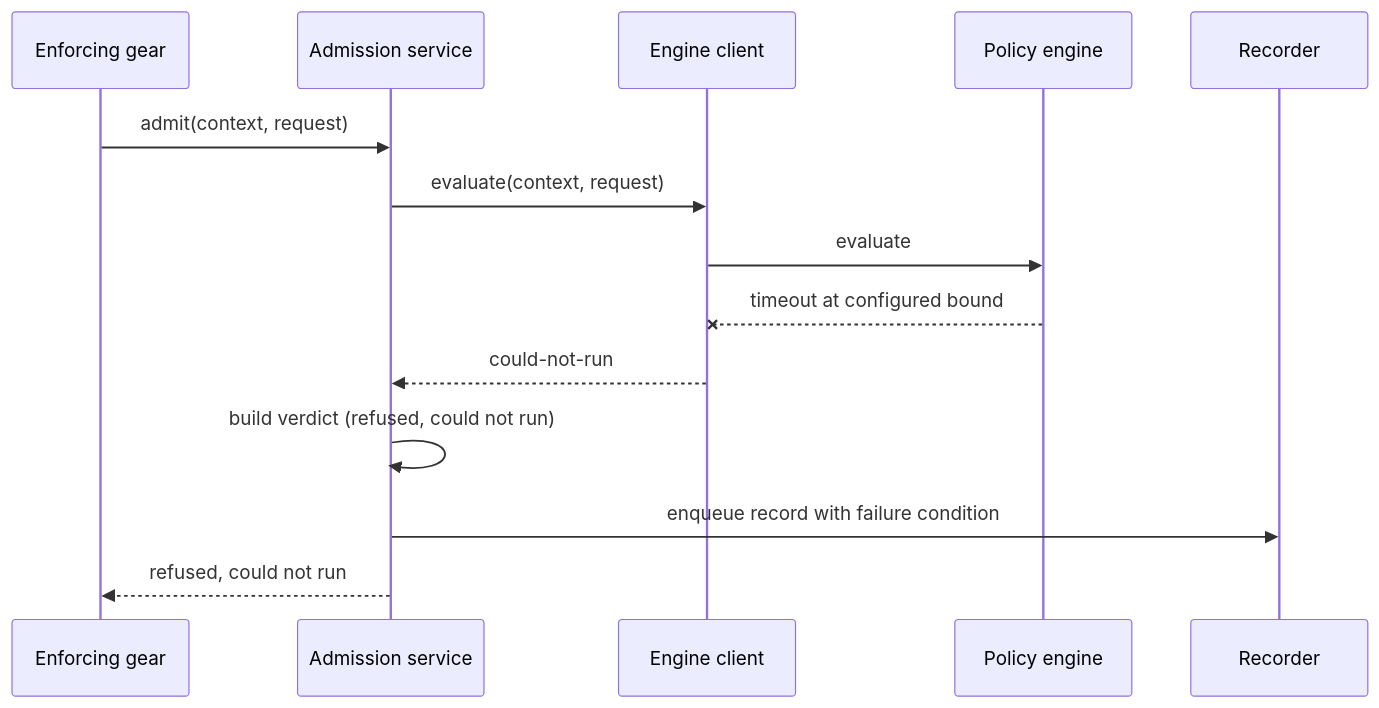
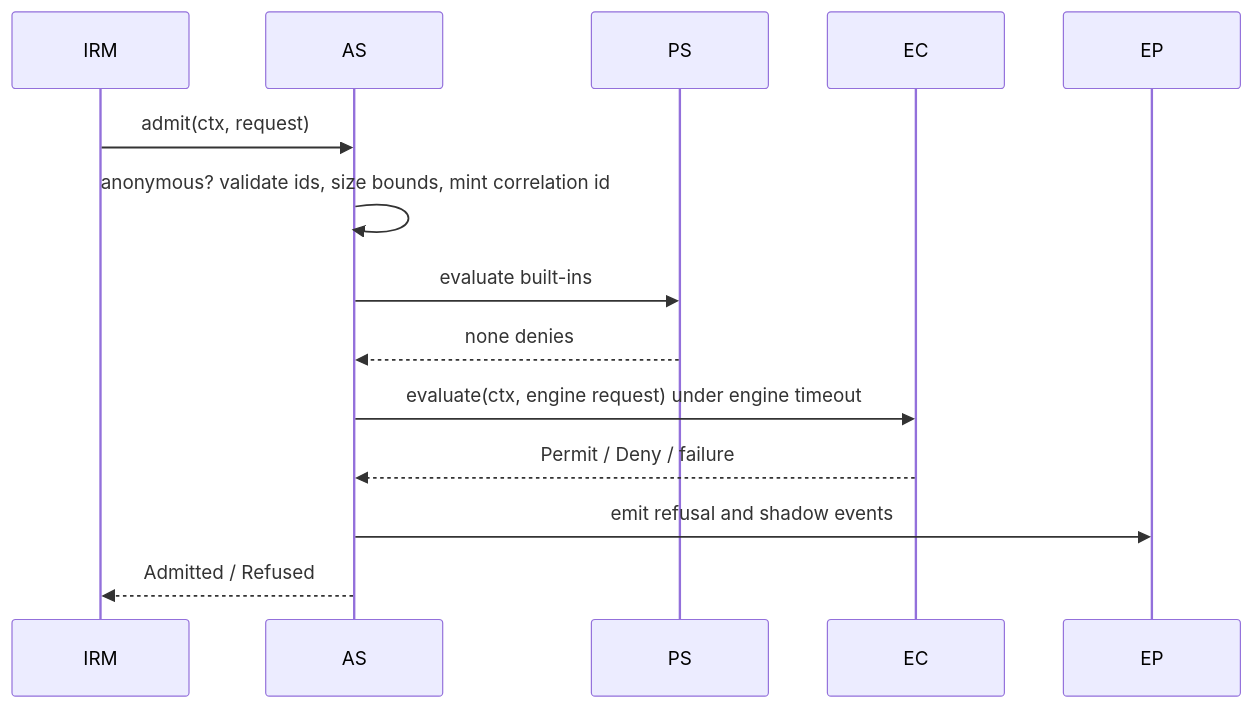
Before and after one commit to constructorfabric/gears-rust: the second of 2 diagrams in gears/system/admission-control/docs/DESIGN.md, drawn with Mermaid. The commit also changed other lines of this file and 129 other files, not shown here.

Commit message:
feat: add the admission-control and policy-engine gears, backed by Rego evaluation

````diff
--- a/gears/system/admission-control/docs/DESIGN.md
+++ b/gears/system/admission-control/docs/DESIGN.md
@@ -617,16 +264,11 @@
 ```mermaid
 sequenceDiagram
-    participant G as Enforcing gear
-    participant A as Admission service
-    participant E as Engine client
-    participant P as Policy engine
-    participant R as Recorder
-    G ->> A: admit(context, request)
-    A ->> E: evaluate(context, request)
-    E ->> P: evaluate
-    P --x E: timeout at configured bound
-    E -->> A: could-not-run
-    A ->> A: build verdict (refused, could not run)
-    A ->> R: enqueue record with failure condition
-    A -->> G: refused, could not run
+    IRM->>AS: admit(ctx, request)
+    AS->>AS: anonymous? validate ids, size bounds, mint correlation id
+    AS->>PS: evaluate built-ins
+    PS-->>AS: none denies
+    AS->>EC: evaluate(ctx, engine request) under engine timeout
+    EC-->>AS: Permit / Deny / failure
+    AS->>EP: emit refusal and shadow events
+    AS-->>IRM: Admitted / Refused
 ```
````
